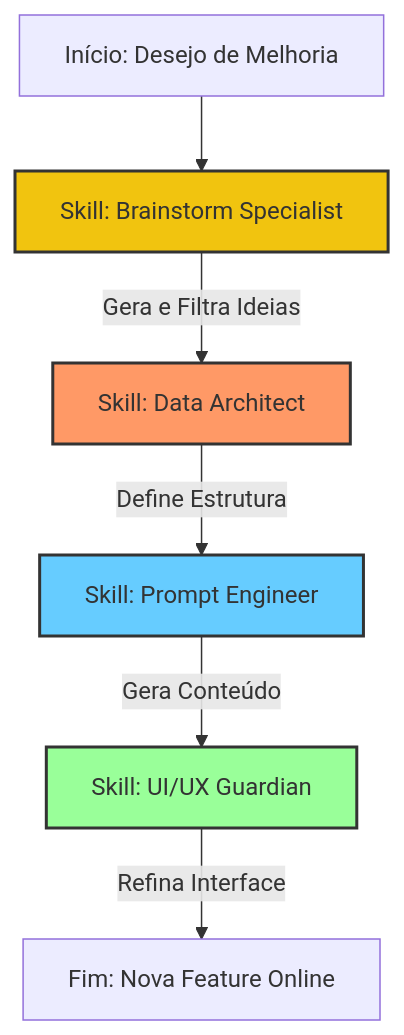
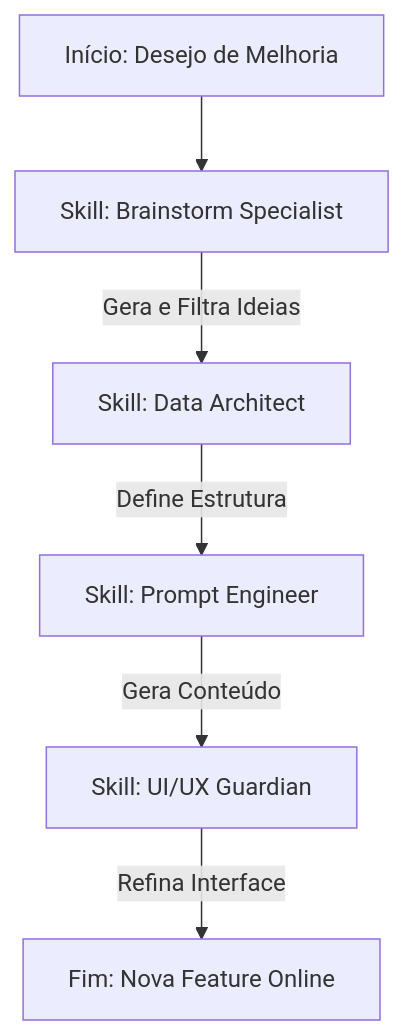
One commit to Dev-Lucinei/roadmap-estudos changed the diagram in skills/workflown-agents.md. Above: the diagram before and after it, drawn with Mermaid. The commit also changed other lines of this file and 36 other files, not shown here.

````diff
--- a/skills/workflown-agents.md
+++ b/skills/workflown-agents.md
@@ -22,17 +15,13 @@
 ```mermaid
 graph TD
     A[Início: Desejo de Melhoria] --> B[Skill: Brainstorm Specialist]
     
     B -- "Gera e Filtra Ideias" --> C[Skill: Data Architect]
     
     C -- "Define Estrutura" --> D[Skill: Prompt Engineer]
     
     D -- "Gera Conteúdo" --> E[Skill: UI/UX Guardian]
     
     E -- "Refina Interface" --> F[Fim: Nova Feature Online]
-    
-    style B fill:#f1c40f,stroke:#333,stroke-width:2px
-    style C fill:#f96,stroke:#333,stroke-width:2px
-    style D fill:#6cf,stroke:#333,stroke-width:2px
-    style E fill:#9f9,stroke:#333,stroke-width:2px
+
 ```
````
